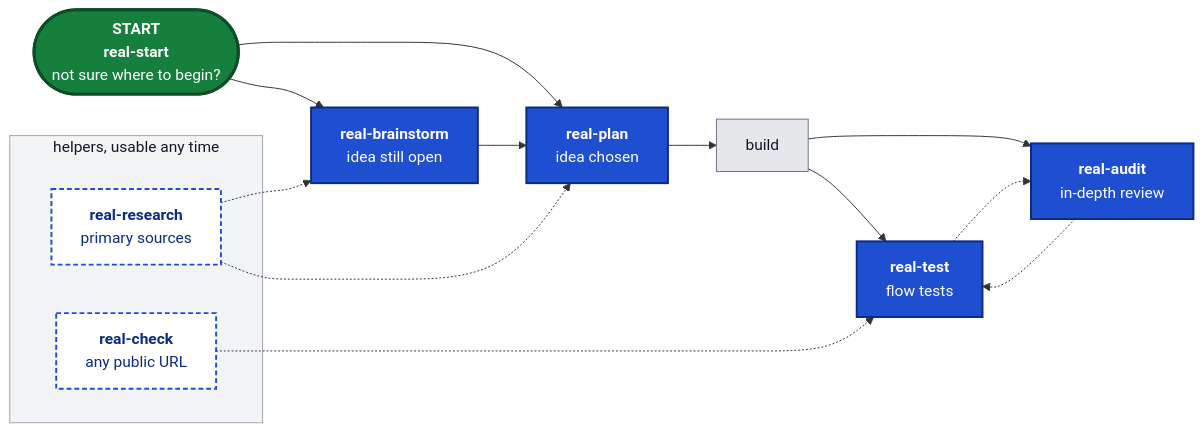
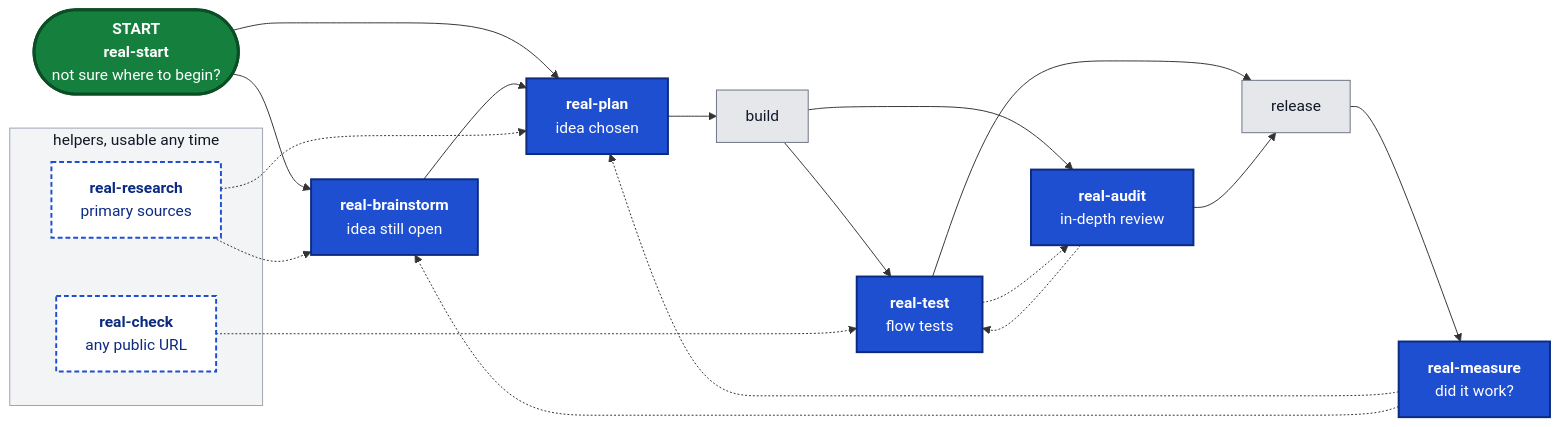
Before and after one commit to giraybatiturk/skills: the diagram in README.md, drawn with Mermaid. The commit also changed other lines of this file and 17 other files, not shown here.

First line of the commit message:
Add real-measure, the 8th workflow: judge a shipped change with live data

````diff
--- a/README.md
+++ b/README.md
@@ -7,27 +7,32 @@
 ```mermaid
 flowchart LR
   S(["<b>START</b><br/><b>real-start</b><br/>not sure where to begin?"]) --> B["<b>real-brainstorm</b><br/>idea still open"]
   S --> P["<b>real-plan</b><br/>idea chosen"]
   B --> P
   P --> K["build"]
   K --> T["<b>real-test</b><br/>flow tests"]
   K --> A["<b>real-audit</b><br/>in-depth review"]
   T -.-> A
   A -.-> T
+  T --> L["release"]
+  A --> L
+  L --> M["<b>real-measure</b><br/>did it work?"]
+  M -.-> P
+  M -.-> B
   subgraph side["helpers, usable any time"]
     R["<b>real-research</b><br/>primary sources"]
     C["<b>real-check</b><br/>any public URL"]
   end
   R -.-> B
   R -.-> P
   C -.-> T
   classDef start fill:#15803d,stroke:#0b4d24,stroke-width:3px,color:#ffffff
   classDef skill fill:#1f4fd1,stroke:#0b2a80,stroke-width:2px,color:#ffffff
   classDef helper fill:#ffffff,stroke:#1f4fd1,stroke-width:2px,stroke-dasharray:5 3,color:#0b2a80
   classDef step fill:#e5e7eb,stroke:#6b7280,color:#111827
   class S start
-  class B,P,T,A skill
+  class B,P,T,A,M skill
   class R,C helper
-  class K step
+  class K,L step
   style side fill:#f3f4f6,stroke:#9ca3af,color:#111827
 ```
````
